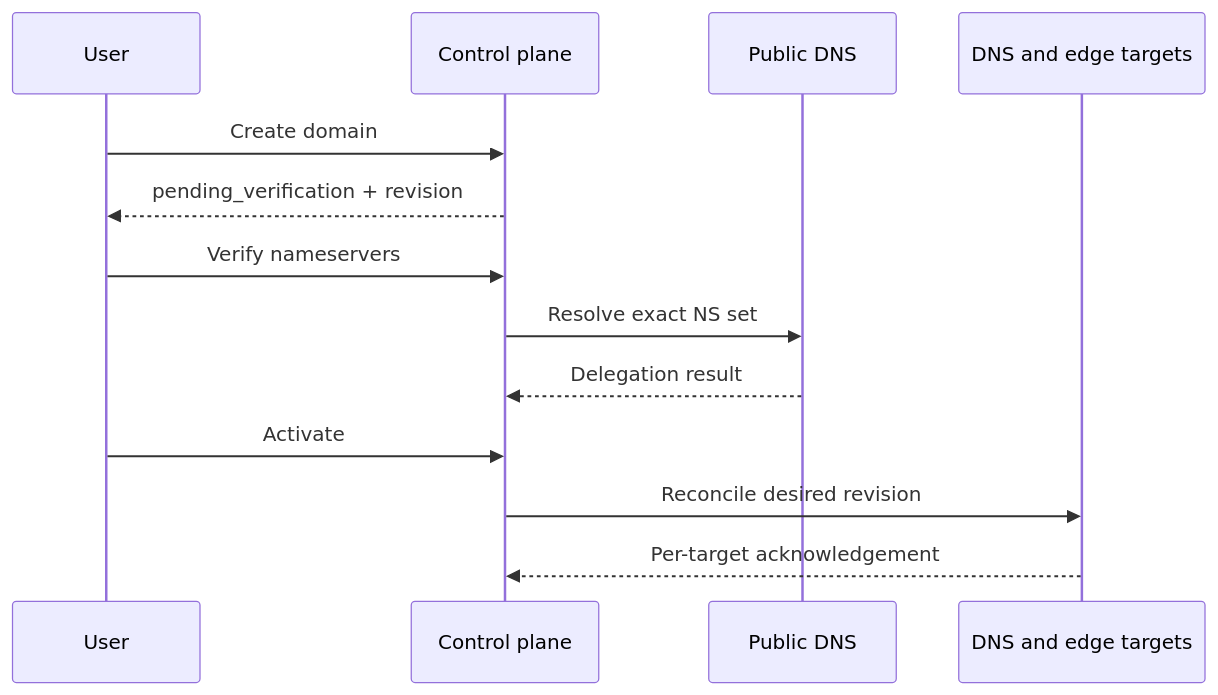
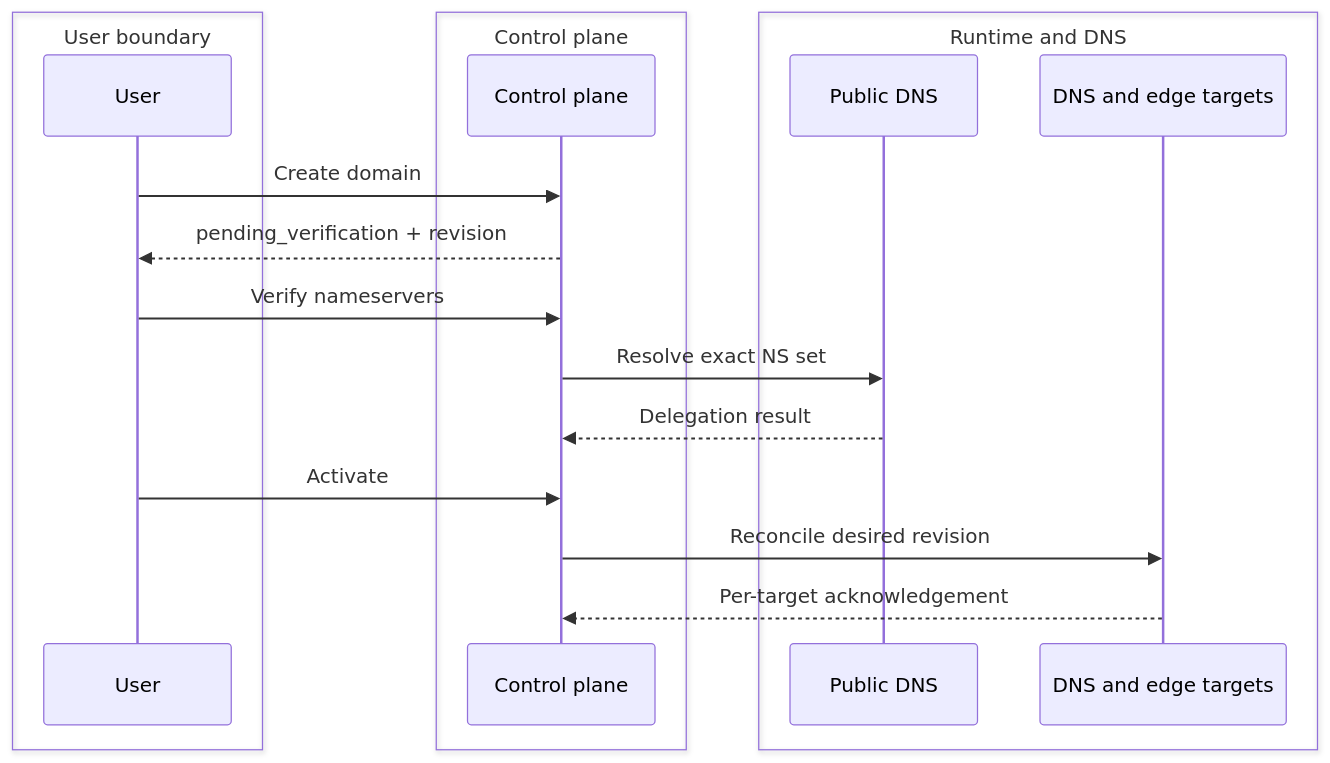
The diagram in docs/guides/domains.md (vaheed/CDNFoundry), drawn with Mermaid before and after one commit. The commit also changed 24 other files, not shown here.

````diff
--- a/docs/guides/domains.md
+++ b/docs/guides/domains.md
@@ -16,15 +16,21 @@
 ```mermaid
 sequenceDiagram
-    participant User
-    participant CP as Control plane
-    participant PublicDNS as Public DNS
-    participant Targets as DNS and edge targets
+    box User boundary
+      participant User
+    end
+    box Control plane
+      participant CP as Control plane
+    end
+    box Runtime and DNS
+      participant PublicDNS as Public DNS
+      participant Targets as DNS and edge targets
+    end
     User->>CP: Create domain
     CP-->>User: pending_verification + revision
     User->>CP: Verify nameservers
     CP->>PublicDNS: Resolve exact NS set
     PublicDNS-->>CP: Delegation result
     User->>CP: Activate
     CP->>Targets: Reconcile desired revision
     Targets-->>CP: Per-target acknowledgement
 ```
````
